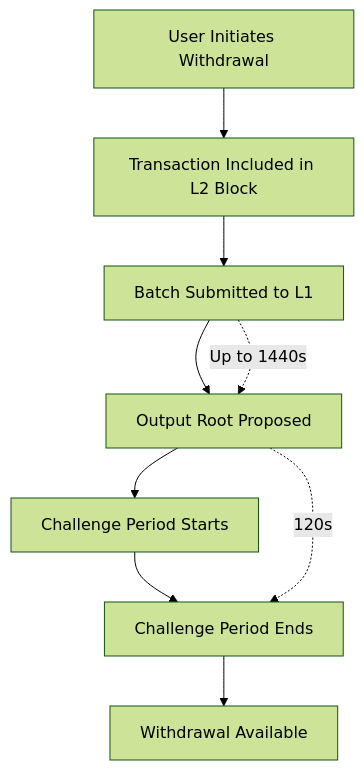
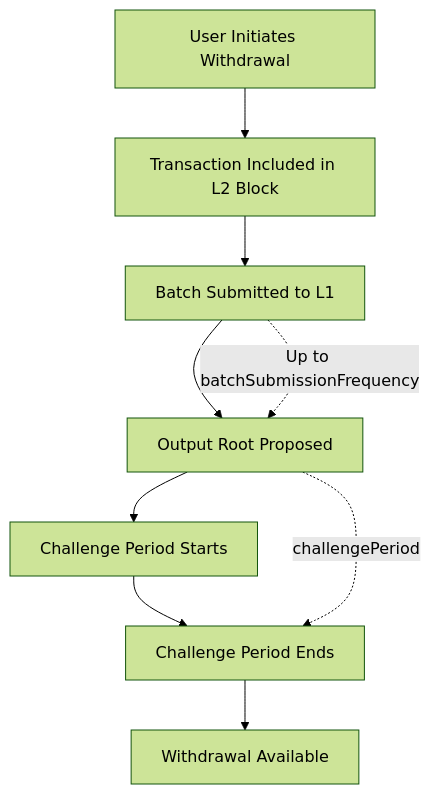
One commit to tokamak-network/tokamak-rollup-metadata-repository changed the diagram in docs/withdrawal-monitoring.md. Above: the diagram before and after it, drawn with Mermaid (forest theme). The commit also changed other lines of this file, not shown here.

````diff
--- a/docs/withdrawal-monitoring.md
+++ b/docs/withdrawal-monitoring.md
@@ -27,12 +39,12 @@
 ```mermaid
 graph TD
     A[User Initiates Withdrawal] --> B[Transaction Included in L2 Block]
     B --> C[Batch Submitted to L1]
     C --> D[Output Root Proposed]
     D --> E[Challenge Period Starts]
     E --> F[Challenge Period Ends]
     F --> G[Withdrawal Available]
 
-    C -.->|Up to 1440s| D
-    D -.->|120s| F
+    C -.->|Up to batchSubmissionFrequency| D
+    D -.->|challengePeriod| F
 ```
````
